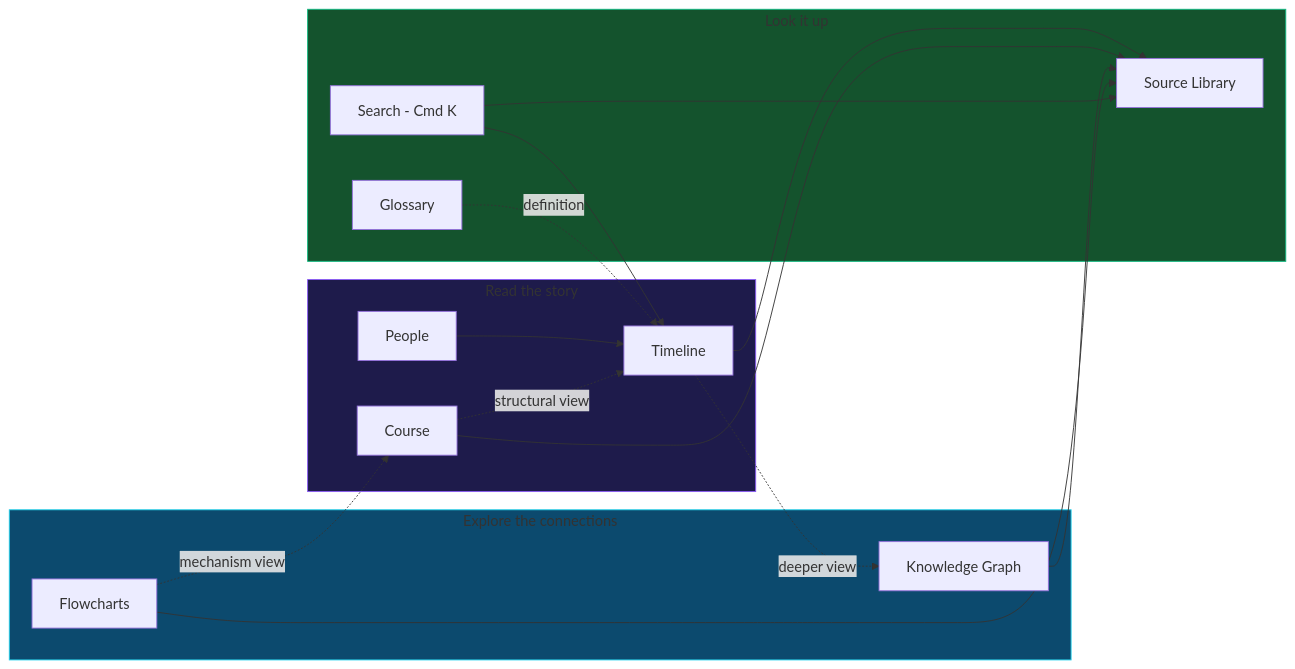
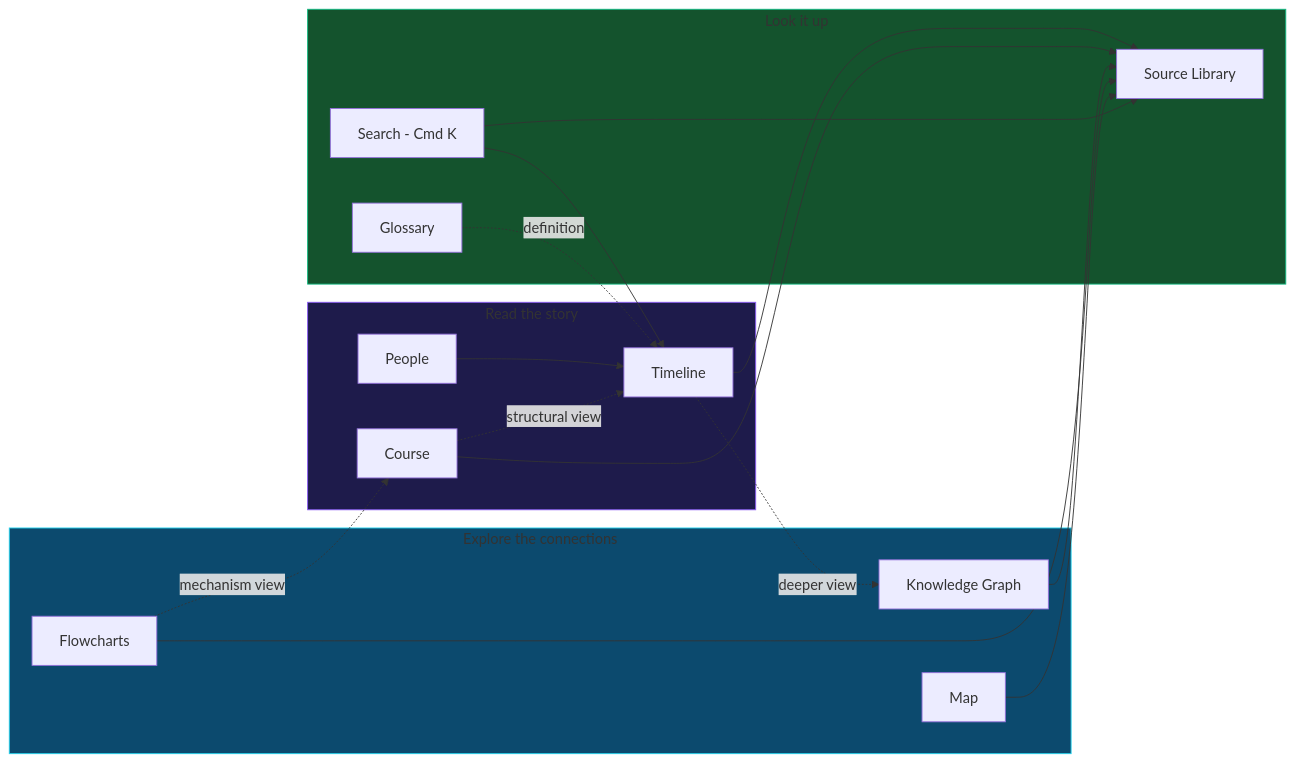
One commit to aniruddhaadak80/ai-journey changed the diagram in docs/diagrams/07-user-journey.mmd. Above: the diagram before and after it, drawn with Mermaid. The commit also changed 15 other files, not shown here.

```diff
--- a/docs/diagrams/07-user-journey.mmd
+++ b/docs/diagrams/07-user-journey.mmd
@@ -1,31 +1,33 @@
 flowchart LR
     subgraph Read["Read the story"]
         A1[Timeline]
         A2[Course]
         A3[People]
     end
     subgraph Explore["Explore the connections"]
         B1[Knowledge Graph]
         B2[Flowcharts]
+        B3[Map]
     end
     subgraph Lookup["Look it up"]
         C0[Search - Cmd K]
         C1[Source Library]
         C2[Glossary]
     end
 
     A1 --> C1
     A2 --> C1
     B1 --> C1
     B2 --> C1
+    B3 --> C1
     C0 --> A1
     C0 --> C1
     A3 --> A1
     A1 -.deeper view.-> B1
     A2 -.structural view.-> A1
     B2 -.mechanism view.-> A2
     C2 -.definition.-> A1
 
     style Read fill:#1e1b4b,stroke:#8b5cf6
     style Explore fill:#0c4a6e,stroke:#22d3ee
     style Lookup fill:#14532d,stroke:#10b981
```
